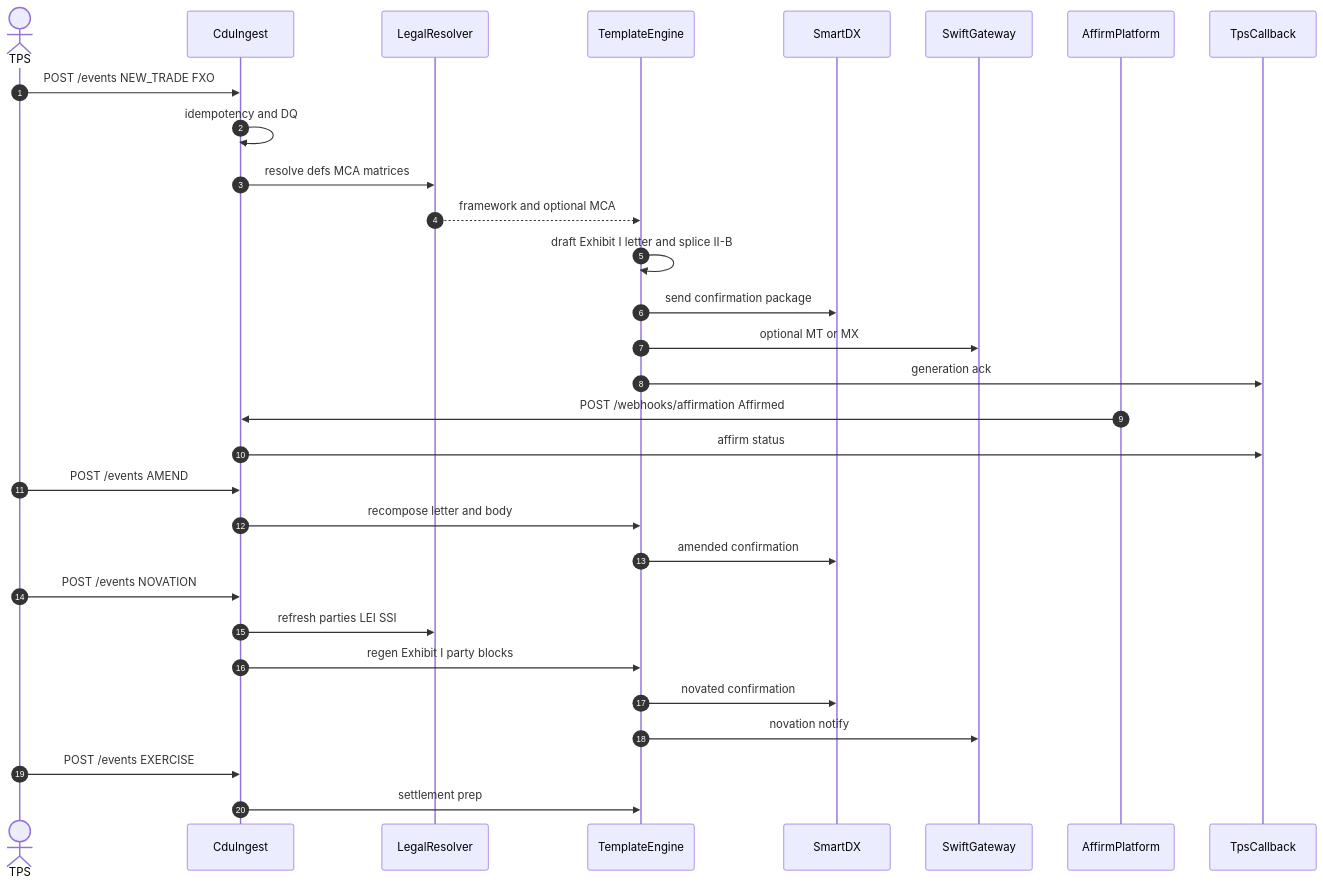
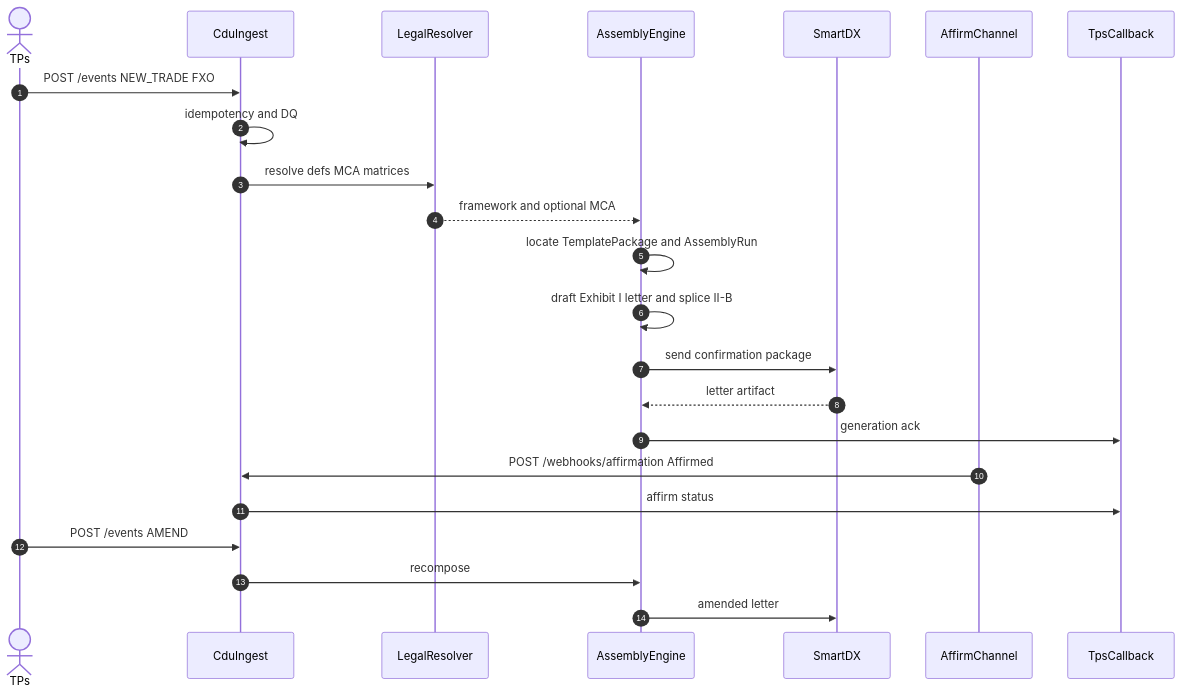
One commit to dae-nan/con4m8ions changed diagram 11 of 15 in docs/prd-cdu-ps-v1.md. Above: the diagram before and after it, drawn with Mermaid. The commit also changed other lines of this file and 6 other files, not shown here.

First line of the commit message:
PRD v1.3: target arch, DDD, timeline, TemplatePackage LDM

````diff
--- a/docs/prd-cdu-ps-v1.md
+++ b/docs/prd-cdu-ps-v1.md
@@ -463,37 +568,28 @@
 ```mermaid
 sequenceDiagram
   autonumber
-  actor TPS
+  actor TPs
   participant Ingest as CduIngest
   participant Legal as LegalResolver
-  participant Eng as TemplateEngine
+  participant Eng as AssemblyEngine
   participant SDX as SmartDX
-  participant SWIFT as SwiftGateway
-  participant Affirm as AffirmPlatform
+  participant Affirm as AffirmChannel
   participant CB as TpsCallback
 
-  TPS->>Ingest: POST /events NEW_TRADE FXO
+  TPs->>Ingest: POST /events NEW_TRADE FXO
   Ingest->>Ingest: idempotency and DQ
   Ingest->>Legal: resolve defs MCA matrices
   Legal-->>Eng: framework and optional MCA
+  Eng->>Eng: locate TemplatePackage and AssemblyRun
   Eng->>Eng: draft Exhibit I letter and splice II-B
   Eng->>SDX: send confirmation package
-  Eng->>SWIFT: optional MT or MX
+  SDX-->>Eng: letter artifact
   Eng->>CB: generation ack
 
   Affirm->>Ingest: POST /webhooks/affirmation Affirmed
   Ingest->>CB: affirm status
 
-  TPS->>Ingest: POST /events AMEND
-  Ingest->>Eng: recompose letter and body
-  Eng->>SDX: amended confirmation
-
-  TPS->>Ingest: POST /events NOVATION
-  Ingest->>Legal: refresh parties LEI SSI
-  Ingest->>Eng: regen Exhibit I party blocks
-  Eng->>SDX: novated confirmation
-  Eng->>SWIFT: novation notify
-
-  TPS->>Ingest: POST /events EXERCISE
-  Ingest->>Eng: settlement prep
+  TPs->>Ingest: POST /events AMEND
+  Ingest->>Eng: recompose
+  Eng->>SDX: amended letter
 ```
````
